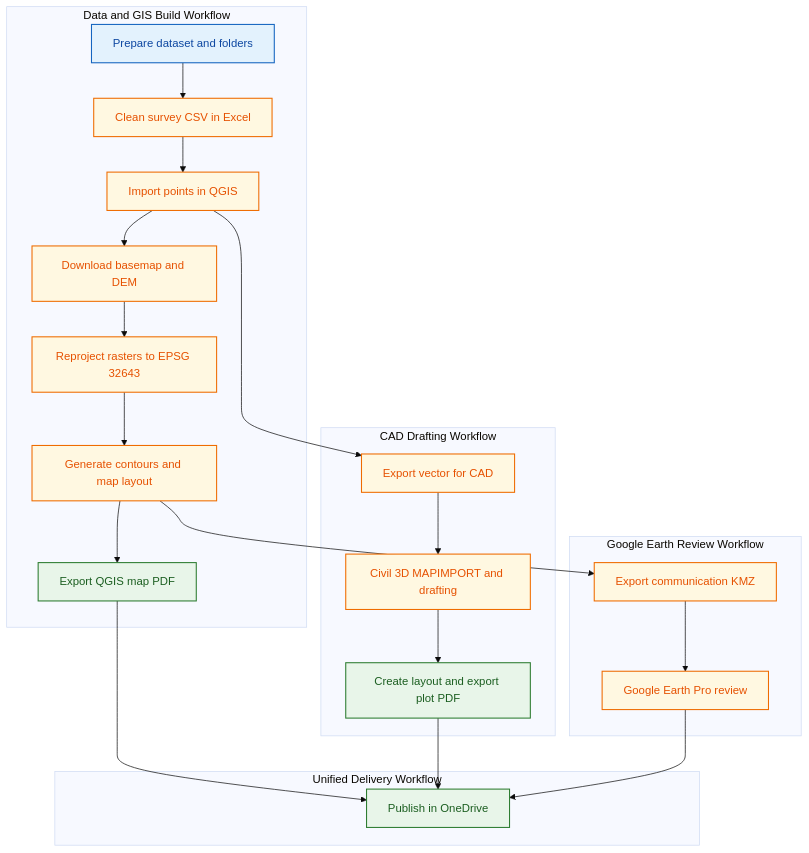
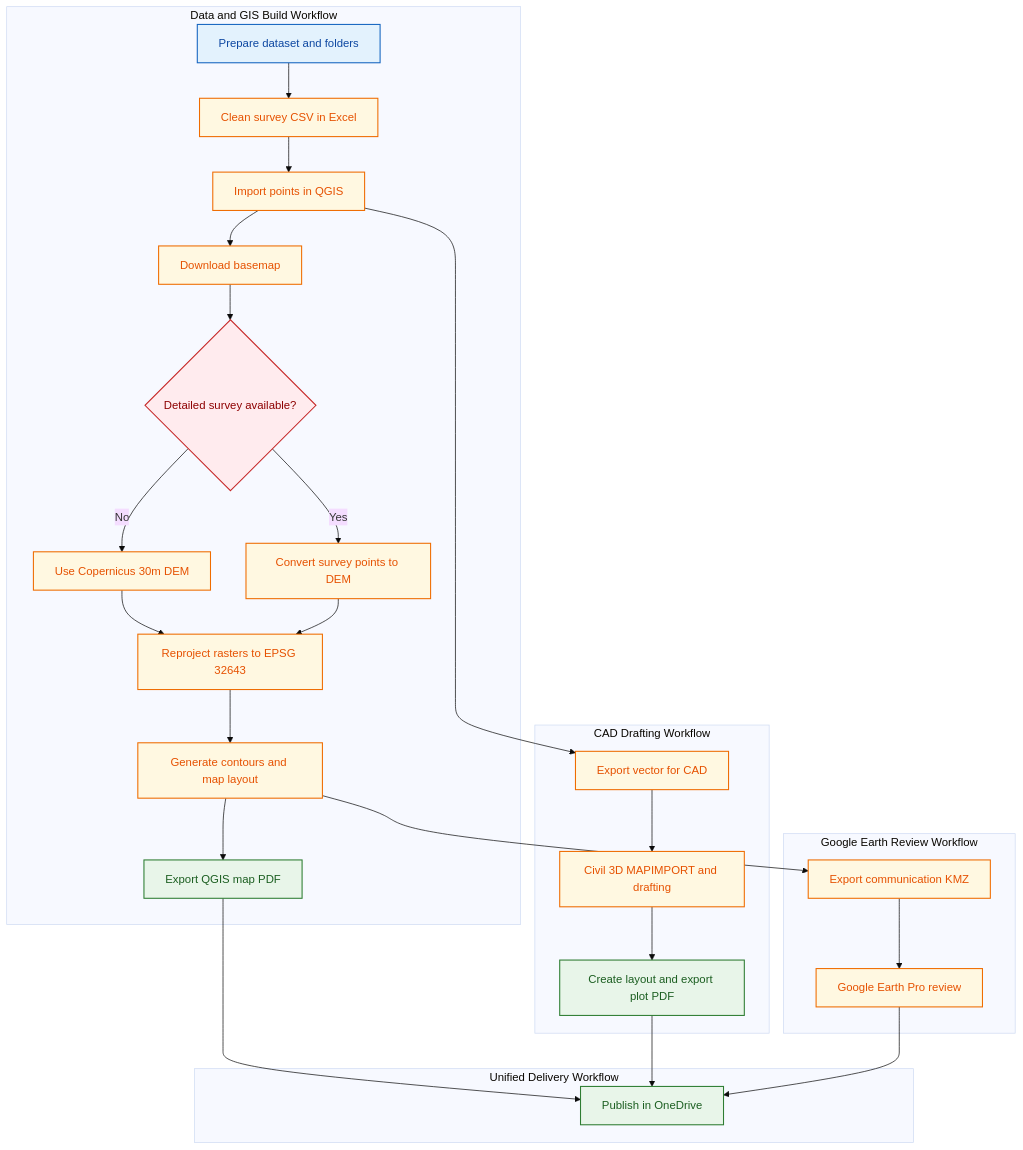
The first of 3 diagrams in docs/practical-execution-guide.md (PrathamGitHub/Geo-CAD-Practical-Reference), drawn with Mermaid (base theme) before and after one commit. The commit also changed other lines of this file and 8 other files, not shown here.

````diff
--- a/docs/practical-execution-guide.md
+++ b/docs/practical-execution-guide.md
@@ -42,39 +49,44 @@
 ```mermaid
 flowchart TD
     subgraph BuildData[Data and GIS Build Workflow]
         A[Prepare dataset and folders] --> B[Clean survey CSV in Excel]
         B --> C[Import points in QGIS]
-        C --> D[Download basemap and DEM]
-        D --> E[Reproject rasters to EPSG 32643]
-        E --> F[Generate contours and map layout]
-        F --> G[Export QGIS map PDF]
+        C --> D[Download basemap]
+        D --> E{Detailed survey available?}
+        E -->|No| F[Use Copernicus 30m DEM]
+        E -->|Yes| G[Convert survey points to DEM]
+        F --> H[Reproject rasters to EPSG 32643]
+        G --> H
+        H --> I[Generate contours and map layout]
+        I --> J[Export QGIS map PDF]
     end
 
     subgraph CadDraft[CAD Drafting Workflow]
-        C --> H[Export vector for CAD]
-        H --> I[Civil 3D MAPIMPORT and drafting]
-        I --> J[Create layout and export plot PDF]
+        C --> K[Export vector for CAD]
+        K --> L[Civil 3D MAPIMPORT and drafting]
+        L --> M[Create layout and export plot PDF]
     end
 
     subgraph EarthQA[Google Earth Review Workflow]
-        F --> K[Export communication KMZ]
-        K --> L[Google Earth Pro review]
+        I --> N[Export communication KMZ]
+        N --> O[Google Earth Pro review]
     end
 
     subgraph Publish[Unified Delivery Workflow]
-        M[Publish in OneDrive]
+        P[Publish in OneDrive]
     end
 
-    G --> M
-    J --> M
-    L --> M
+    J --> P
+    M --> P
+    O --> P
 
     classDef input fill:#e3f2fd,stroke:#1565c0,stroke-width:1.5px,color:#0d47a1;
     classDef process fill:#fff8e1,stroke:#ef6c00,stroke-width:1.5px,color:#e65100;
     classDef decision fill:#ffebee,stroke:#c62828,stroke-width:1.5px,color:#8e0000;
     classDef output fill:#e8f5e9,stroke:#2e7d32,stroke-width:1.5px,color:#1b5e20;
 
     class A input;
-    class B,C,D,E,F,H,I,K,L process;
-    class G,J,M output;
+    class B,C,D,F,G,H,I,K,L,N,O process;
+    class E decision;
+    class J,M,P output;
 ```
````
